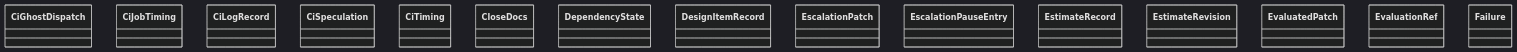
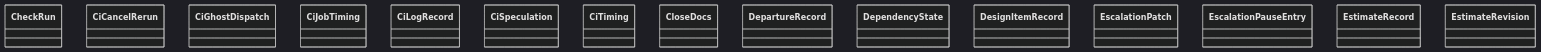
Before and after one commit to GonzaloZevallos/agentic-system: the diagram in docs/architecture/generated/classes-process-domain-state-4.md, drawn with Mermaid (dark theme). The commit also changed other lines of this file and 46 other files, not shown here.

````diff
--- a/docs/architecture/generated/classes-process-domain-state-4.md
+++ b/docs/architecture/generated/classes-process-domain-state-4.md
@@ -28,18 +29,18 @@
 ```mermaid
 classDiagram
+    class task__CheckRun["CheckRun"]
+    class task__CiCancelRerun["CiCancelRerun"]
     class task__CiGhostDispatch["CiGhostDispatch"]
     class task__CiJobTiming["CiJobTiming"]
     class task__CiLogRecord["CiLogRecord"]
     class task__CiSpeculation["CiSpeculation"]
     class task__CiTiming["CiTiming"]
     class task__CloseDocs["CloseDocs"]
+    class task__DepartureRecord["DepartureRecord"]
     class task__DependencyState["DependencyState"]
     class task__DesignItemRecord["DesignItemRecord"]
     class task__EscalationPatch["EscalationPatch"]
     class task__EscalationPauseEntry["EscalationPauseEntry"]
     class task__EstimateRecord["EstimateRecord"]
     class task__EstimateRevision["EstimateRevision"]
-    class task__EvaluatedPatch["EvaluatedPatch"]
-    class task__EvaluationRef["EvaluationRef"]
-    class task__Failure["Failure"]
 ```
````
